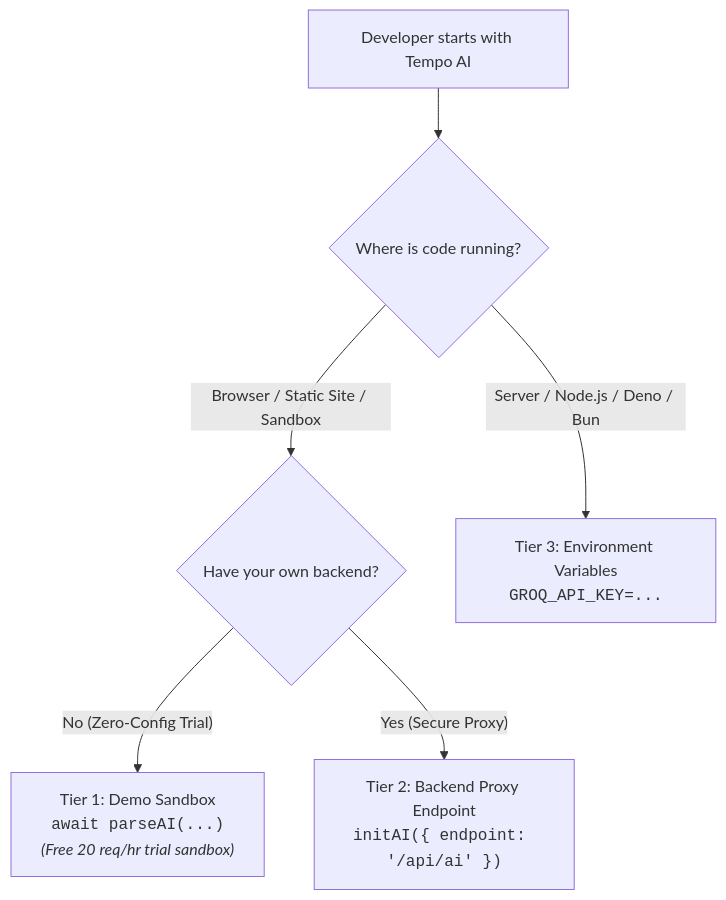
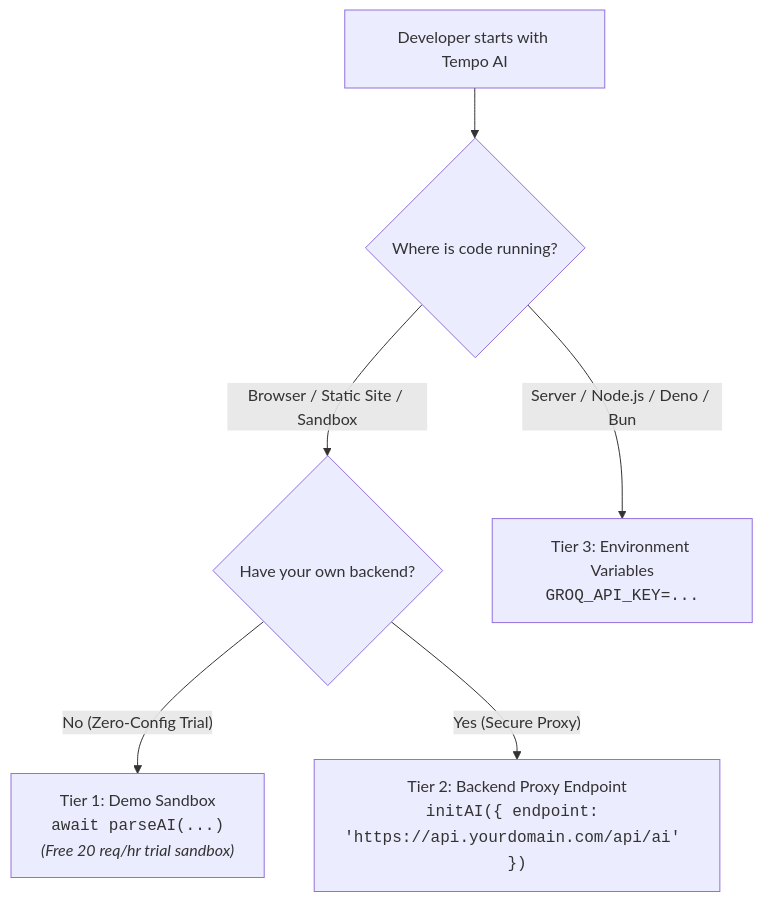
One commit to magmacomputing/magma changed the diagram in packages/plugins/ai/doc/onboarding.md. Above: the diagram before and after it, drawn with Mermaid. The commit also changed other lines of this file and 8 other files, not shown here.

````diff
--- a/packages/plugins/ai/doc/onboarding.md
+++ b/packages/plugins/ai/doc/onboarding.md
@@ -13,8 +13,8 @@
 ```mermaid
 flowchart TD
     Start["Developer starts with Tempo AI"] --> Q1{"Where is code running?"}
     Q1 -- "Browser / Static Site / Sandbox" --> Q2{"Have your own backend?"}
     Q1 -- "Server / Node.js / Deno / Bun" --> S1["Tier 3: Environment Variables<br/><code>GROQ_API_KEY=...</code>"]
     Q2 -- "No (Zero-Config Trial)" --> T1["Tier 1: Demo Sandbox<br/><code>await parseAI(...)</code><br/><i>(Free 20 req/hr trial sandbox)</i>"]
-    Q2 -- "Yes (Secure Proxy)" --> T2["Tier 2: Backend Proxy Endpoint<br/><code>initAI({ endpoint: '/api/ai' })</code>"]
+    Q2 -- "Yes (Secure Proxy)" --> T2["Tier 2: Backend Proxy Endpoint<br/><code>initAI({ endpoint: 'https://api.yourdomain.com/api/ai' })</code>"]
 ```
````
